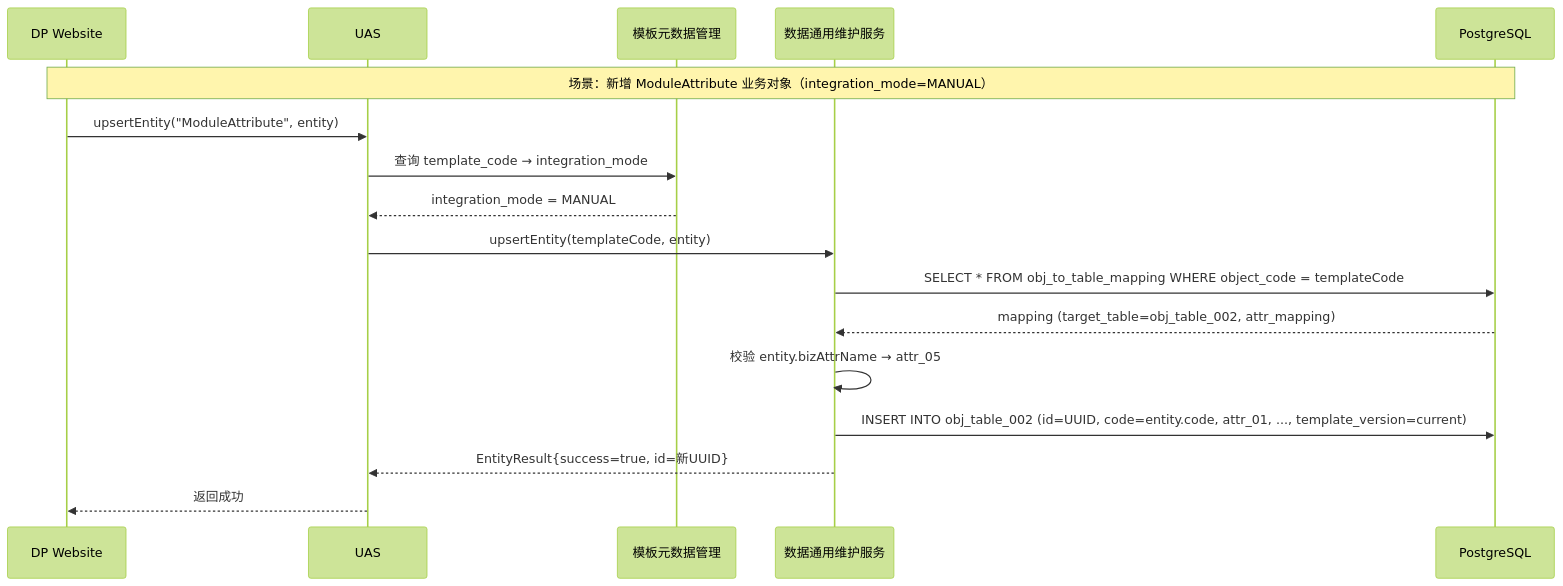
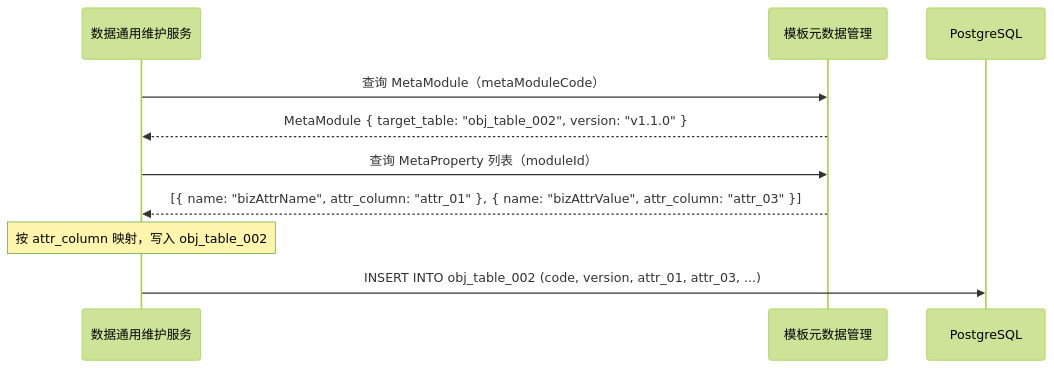
The diagram in docs/adr/RFC-003-数据通用维护服务-通用对象表映射机制.md (goflyboy/digitalproduct), drawn with Mermaid (forest theme) before and after one commit. The commit also changed other lines of this file and 1 other file, not shown here.

````diff
--- a/docs/adr/RFC-003-数据通用维护服务-通用对象表映射机制.md
+++ b/docs/adr/RFC-003-数据通用维护服务-通用对象表映射机制.md
@@ -331,20 +229,13 @@
 ```mermaid
 sequenceDiagram
-    participant DP as DP Website
-    participant UAS as UAS
+    participant MS as 数据通用维护服务
     participant TM as 模板元数据管理
-    participant MS as 数据通用维护服务
     participant PG as PostgreSQL
 
-    Note over DP,PG: 场景：新增 ModuleAttribute 业务对象（integration_mode=MANUAL）
-    DP->>UAS: upsertEntity("ModuleAttribute", entity)
-    UAS->>TM: 查询 template_code → integration_mode
-    TM-->>UAS: integration_mode = MANUAL
-    UAS->>MS: upsertEntity(templateCode, entity)
-    MS->>PG: SELECT * FROM obj_to_table_mapping WHERE object_code = templateCode
-    PG-->>MS: mapping (target_table=obj_table_002, attr_mapping)
-    MS->>MS: 校验 entity.bizAttrName → attr_05
-    MS->>PG: INSERT INTO obj_table_002 (id=UUID, code=entity.code, attr_01, ..., template_version=current)
-    MS-->>UAS: EntityResult{success=true, id=新UUID}
-    UAS-->>DP: 返回成功
+    MS->>TM: 查询 MetaModule（metaModuleCode）
+    TM-->>MS: MetaModule { target_table: "obj_table_002", version: "v1.1.0" }
+    MS->>TM: 查询 MetaProperty 列表（moduleId）
+    TM-->>MS: [{ name: "bizAttrName", attr_column: "attr_01" }, { name: "bizAttrValue", attr_column: "attr_03" }]
+    Note over MS: 按 attr_column 映射，写入 obj_table_002
+    MS->>PG: INSERT INTO obj_table_002 (code, version, attr_01, attr_03, ...)
 ```
````
